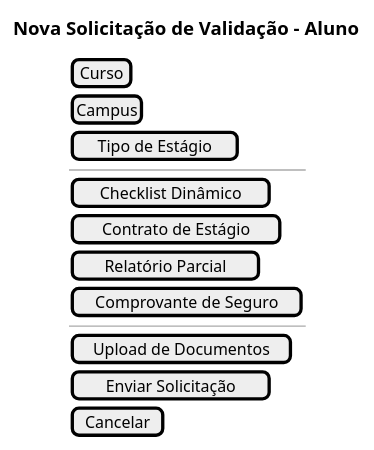
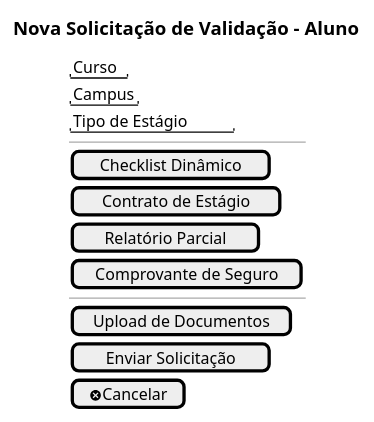
The third of 5 diagrams in mkdocs/Iniciacao/prototipo_baixa_fidelidade.md (Projetos-de-Extensao/PBE_26.1_8001_I), drawn with PlantUML before and after one commit. The commit also changed other lines of this file, not shown here.

````diff
--- a/mkdocs/Iniciacao/prototipo_baixa_fidelidade.md
+++ b/mkdocs/Iniciacao/prototipo_baixa_fidelidade.md
@@ -85,20 +97,20 @@
 ```plantuml
 @startsalt
 title Nova Solicitação de Validação - Aluno
 
 {
-  [Curso]
-  [Campus]
-  [Tipo de Estágio]
+  "Curso"
+  "Campus"
+  "Tipo de Estágio"
   --
   [Checklist Dinâmico]
   [Contrato de Estágio]
   [Relatório Parcial]
   [Comprovante de Seguro]
   --
   [Upload de Documentos]
   [Enviar Solicitação]
-  [Cancelar]
+  [<&circle-x>Cancelar]
 }
 @endsalt
 ```
````
